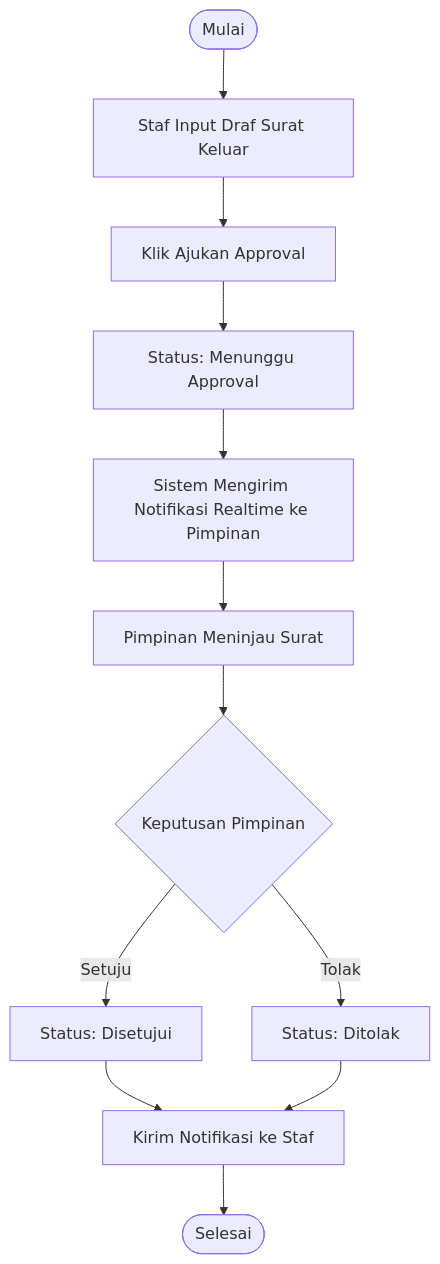
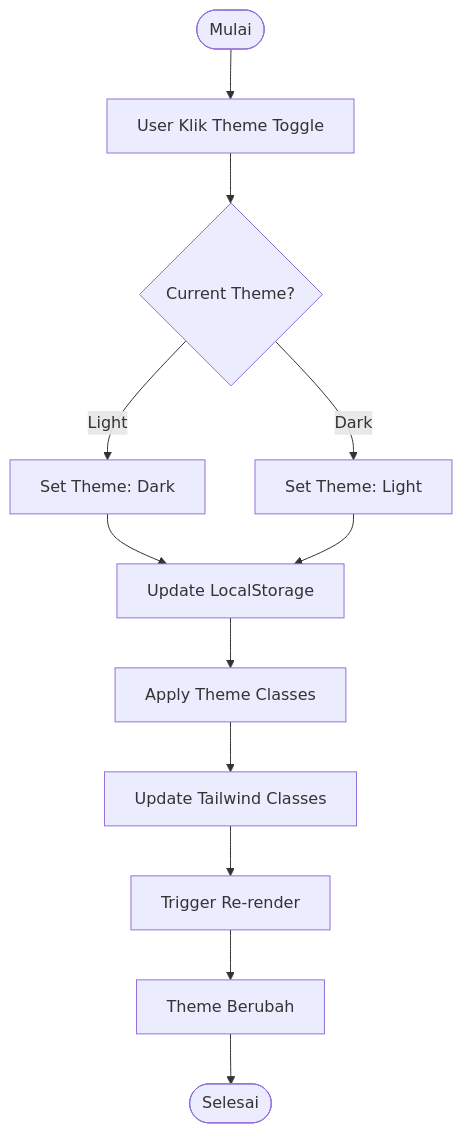
Before and after one commit to iqbalgsr46/sipas: the tenth of 10 diagrams in docs/flowchart.md, drawn with Mermaid. The commit also changed other lines of this file and 10 other files, not shown here.

````diff
--- a/docs/flowchart.md
+++ b/docs/flowchart.md
@@ -24,14 +245,14 @@
 ```mermaid
 graph TD
-    A([Mulai]) --> B[Staf Input Draf Surat Keluar]
-    B --> C[Klik Ajukan Approval]
-    C --> D[Status: Menunggu Approval]
-    D --> E[Sistem Mengirim Notifikasi Realtime ke Pimpinan]
-    E --> F[Pimpinan Meninjau Surat]
-    F --> G{Keputusan Pimpinan}
-    G -->|Setuju| H[Status: Disetujui]
-    G -->|Tolak| I[Status: Ditolak]
-    H --> J[Kirim Notifikasi ke Staf]
-    I --> J
-    J --> K([Selesai])
+    A([Mulai]) --> B[User Klik Theme Toggle]
+    B --> C{Current Theme?}
+    C -->|Light| D[Set Theme: Dark]
+    C -->|Dark| E[Set Theme: Light]
+    D --> F[Update LocalStorage]
+    E --> F
+    F --> G[Apply Theme Classes]
+    G --> H[Update Tailwind Classes]
+    H --> I[Trigger Re-render]
+    I --> J[Theme Berubah]
+    J --> Z([Selesai])
 ```
````
